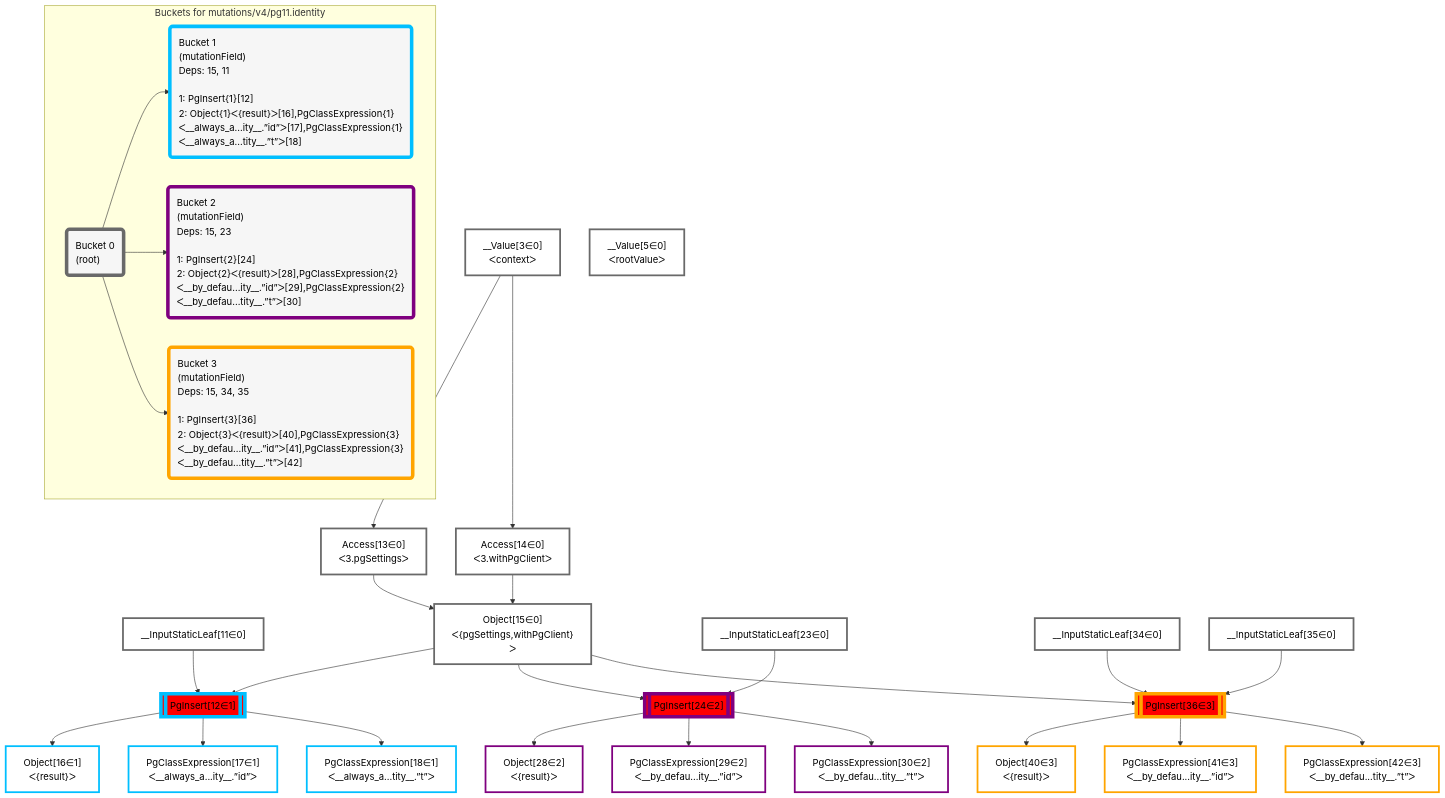
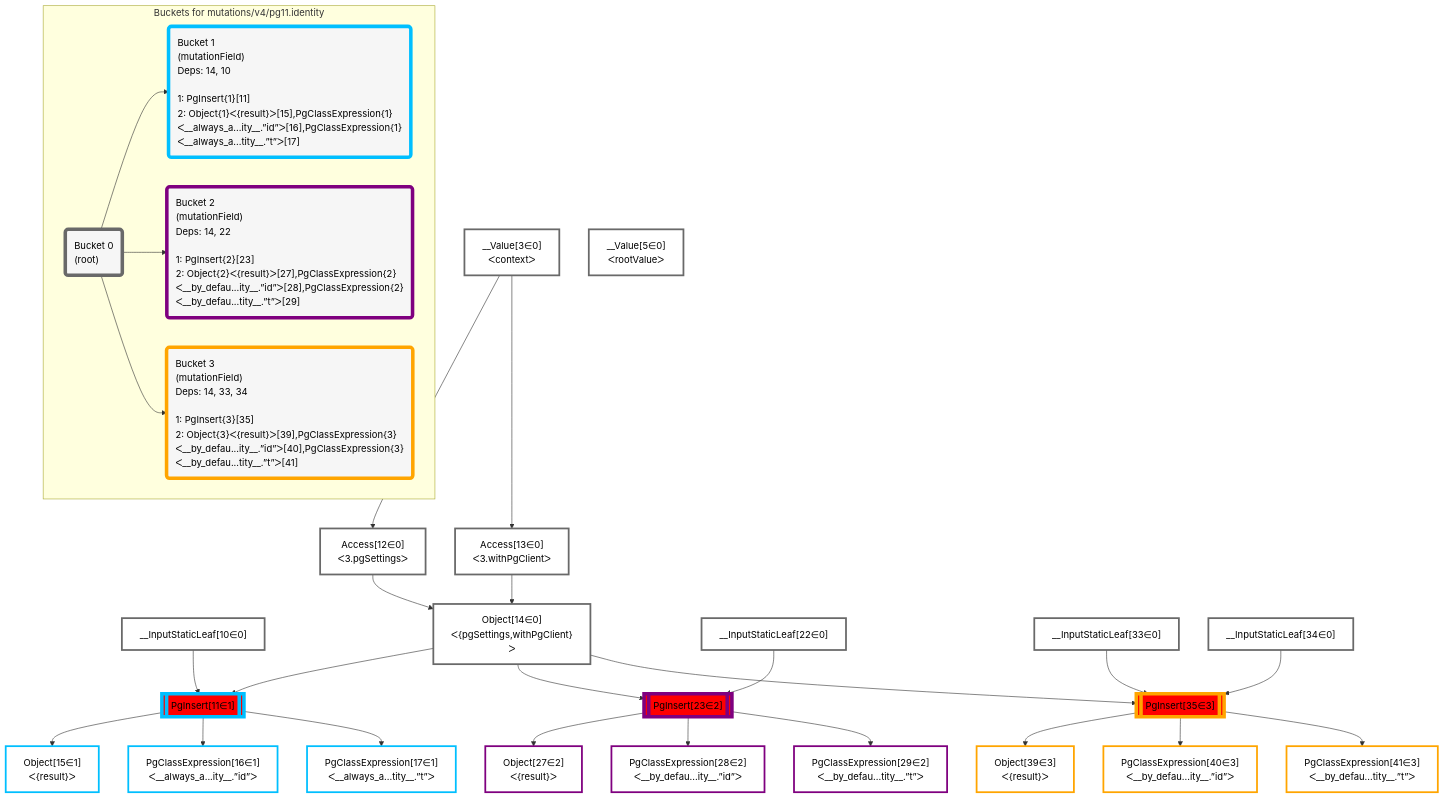
Before and after one commit to graphile/crystal: the diagram in packages/postgraphile/__tests__/mutations/v4/pg11.identity.mermaid, drawn with Mermaid. The commit also changed 4 other files, not shown here.

Commit message:
Update mermaid plans

```diff
--- a/packages/postgraphile/__tests__/mutations/v4/pg11.identity.mermaid
+++ b/packages/postgraphile/__tests__/mutations/v4/pg11.identity.mermaid
@@ -1,63 +1,63 @@
 graph TD
     classDef path fill:#eee,stroke:#000,color:#000
     classDef plan fill:#fff,stroke-width:3px,color:#000
     classDef itemplan fill:#fff,stroke-width:6px,color:#000
     classDef sideeffectplan fill:#f00,stroke-width:6px,color:#000
     classDef bucket fill:#f6f6f6,color:#000,stroke-width:6px,text-align:left
 
 
     %% define steps
     __Value3["__Value[3∈0]<br />ᐸcontextᐳ"]:::plan
     __Value5["__Value[5∈0]<br />ᐸrootValueᐳ"]:::plan
-    __InputStaticLeaf11["__InputStaticLeaf[11∈0]"]:::plan
-    Access13["Access[13∈0]<br />ᐸ3.pgSettingsᐳ"]:::plan
-    Access14["Access[14∈0]<br />ᐸ3.withPgClientᐳ"]:::plan
-    Object15["Object[15∈0]<br />ᐸ{pgSettings,withPgClient}ᐳ"]:::plan
-    PgInsert12[["PgInsert[12∈1]"]]:::sideeffectplan
-    Object16["Object[16∈1]<br />ᐸ{result}ᐳ"]:::plan
-    PgClassExpression17["PgClassExpression[17∈1]<br />ᐸ__always_a...ity__.”id”ᐳ"]:::plan
-    PgClassExpression18["PgClassExpression[18∈1]<br />ᐸ__always_a...tity__.”t”ᐳ"]:::plan
-    __InputStaticLeaf23["__InputStaticLeaf[23∈0]"]:::plan
-    PgInsert24[["PgInsert[24∈2]"]]:::sideeffectplan
-    Object28["Object[28∈2]<br />ᐸ{result}ᐳ"]:::plan
-    PgClassExpression29["PgClassExpression[29∈2]<br />ᐸ__by_defau...ity__.”id”ᐳ"]:::plan
-    PgClassExpression30["PgClassExpression[30∈2]<br />ᐸ__by_defau...tity__.”t”ᐳ"]:::plan
+    __InputStaticLeaf10["__InputStaticLeaf[10∈0]"]:::plan
+    Access12["Access[12∈0]<br />ᐸ3.pgSettingsᐳ"]:::plan
+    Access13["Access[13∈0]<br />ᐸ3.withPgClientᐳ"]:::plan
+    Object14["Object[14∈0]<br />ᐸ{pgSettings,withPgClient}ᐳ"]:::plan
+    PgInsert11[["PgInsert[11∈1]"]]:::sideeffectplan
+    Object15["Object[15∈1]<br />ᐸ{result}ᐳ"]:::plan
+    PgClassExpression16["PgClassExpression[16∈1]<br />ᐸ__always_a...ity__.”id”ᐳ"]:::plan
+    PgClassExpression17["PgClassExpression[17∈1]<br />ᐸ__always_a...tity__.”t”ᐳ"]:::plan
+    __InputStaticLeaf22["__InputStaticLeaf[22∈0]"]:::plan
+    PgInsert23[["PgInsert[23∈2]"]]:::sideeffectplan
+    Object27["Object[27∈2]<br />ᐸ{result}ᐳ"]:::plan
+    PgClassExpression28["PgClassExpression[28∈2]<br />ᐸ__by_defau...ity__.”id”ᐳ"]:::plan
+    PgClassExpression29["PgClassExpression[29∈2]<br />ᐸ__by_defau...tity__.”t”ᐳ"]:::plan
+    __InputStaticLeaf33["__InputStaticLeaf[33∈0]"]:::plan
     __InputStaticLeaf34["__InputStaticLeaf[34∈0]"]:::plan
-    __InputStaticLeaf35["__InputStaticLeaf[35∈0]"]:::plan
-    PgInsert36[["PgInsert[36∈3]"]]:::sideeffectplan
-    Object40["Object[40∈3]<br />ᐸ{result}ᐳ"]:::plan
-    PgClassExpression41["PgClassExpression[41∈3]<br />ᐸ__by_defau...ity__.”id”ᐳ"]:::plan
-    PgClassExpression42["PgClassExpression[42∈3]<br />ᐸ__by_defau...tity__.”t”ᐳ"]:::plan
+    PgInsert35[["PgInsert[35∈3]"]]:::sideeffectplan
+    Object39["Object[39∈3]<br />ᐸ{result}ᐳ"]:::plan
+    PgClassExpression40["PgClassExpression[40∈3]<br />ᐸ__by_defau...ity__.”id”ᐳ"]:::plan
+    PgClassExpression41["PgClassExpression[41∈3]<br />ᐸ__by_defau...tity__.”t”ᐳ"]:::plan
 
     %% plan dependencies
+    __Value3 --> Access12
     __Value3 --> Access13
-    __Value3 --> Access14
-    Access13 & Access14 --> Object15
-    Object15 & __InputStaticLeaf11 --> PgInsert12
-    PgInsert12 --> Object16
-    PgInsert12 --> PgClassExpression17
-    PgInsert12 --> PgClassExpression18
-    Object15 & __InputStaticLeaf23 --> PgInsert24
-    PgInsert24 --> Object28
-    PgInsert24 --> PgClassExpression29
-    PgInsert24 --> PgClassExpression30
-    Object15 & __InputStaticLeaf34 & __InputStaticLeaf35 --> PgInsert36
-    PgInsert36 --> Object40
-    PgInsert36 --> PgClassExpression41
-    PgInsert36 --> PgClassExpression42
+    Access12 & Access13 --> Object14
+    Object14 & __InputStaticLeaf10 --> PgInsert11
+    PgInsert11 --> Object15
+    PgInsert11 --> PgClassExpression16
+    PgInsert11 --> PgClassExpression17
+    Object14 & __InputStaticLeaf22 --> PgInsert23
+    PgInsert23 --> Object27
+    PgInsert23 --> PgClassExpression28
+    PgInsert23 --> PgClassExpression29
+    Object14 & __InputStaticLeaf33 & __InputStaticLeaf34 --> PgInsert35
+    PgInsert35 --> Object39
+    PgInsert35 --> PgClassExpression40
+    PgInsert35 --> PgClassExpression41
 
     subgraph "Buckets for mutations/v4/pg11.identity"
     Bucket0("Bucket 0<br />(root)"):::bucket
     classDef bucket0 stroke:#696969
-    class Bucket0,__Value3,__Value5,__InputStaticLeaf11,Access13,Access14,Object15,__InputStaticLeaf23,__InputStaticLeaf34,__InputStaticLeaf35 bucket0
-    Bucket1("Bucket 1<br />(mutationField)<br />Deps: 15, 11<br /><br />1: PgInsert{1}[12]<br />2: Object{1}ᐸ{result}ᐳ[16],PgClassExpression{1}ᐸ__always_a...ity__.”id”ᐳ[17],PgClassExpression{1}ᐸ__always_a...tity__.”t”ᐳ[18]"):::bucket
+    class Bucket0,__Value3,__Value5,__InputStaticLeaf10,Access12,Access13,Object14,__InputStaticLeaf22,__InputStaticLeaf33,__InputStaticLeaf34 bucket0
+    Bucket1("Bucket 1<br />(mutationField)<br />Deps: 14, 10<br /><br />1: PgInsert{1}[11]<br />2: Object{1}ᐸ{result}ᐳ[15],PgClassExpression{1}ᐸ__always_a...ity__.”id”ᐳ[16],PgClassExpression{1}ᐸ__always_a...tity__.”t”ᐳ[17]"):::bucket
     classDef bucket1 stroke:#00bfff
-    class Bucket1,PgInsert12,Object16,PgClassExpression17,PgClassExpression18 bucket1
-    Bucket2("Bucket 2<br />(mutationField)<br />Deps: 15, 23<br /><br />1: PgInsert{2}[24]<br />2: Object{2}ᐸ{result}ᐳ[28],PgClassExpression{2}ᐸ__by_defau...ity__.”id”ᐳ[29],PgClassExpression{2}ᐸ__by_defau...tity__.”t”ᐳ[30]"):::bucket
+    class Bucket1,PgInsert11,Object15,PgClassExpression16,PgClassExpression17 bucket1
+    Bucket2("Bucket 2<br />(mutationField)<br />Deps: 14, 22<br /><br />1: PgInsert{2}[23]<br />2: Object{2}ᐸ{result}ᐳ[27],PgClassExpression{2}ᐸ__by_defau...ity__.”id”ᐳ[28],PgClassExpression{2}ᐸ__by_defau...tity__.”t”ᐳ[29]"):::bucket
     classDef bucket2 stroke:#7f007f
-    class Bucket2,PgInsert24,Object28,PgClassExpression29,PgClassExpression30 bucket2
-    Bucket3("Bucket 3<br />(mutationField)<br />Deps: 15, 34, 35<br /><br />1: PgInsert{3}[36]<br />2: Object{3}ᐸ{result}ᐳ[40],PgClassExpression{3}ᐸ__by_defau...ity__.”id”ᐳ[41],PgClassExpression{3}ᐸ__by_defau...tity__.”t”ᐳ[42]"):::bucket
+    class Bucket2,PgInsert23,Object27,PgClassExpression28,PgClassExpression29 bucket2
+    Bucket3("Bucket 3<br />(mutationField)<br />Deps: 14, 33, 34<br /><br />1: PgInsert{3}[35]<br />2: Object{3}ᐸ{result}ᐳ[39],PgClassExpression{3}ᐸ__by_defau...ity__.”id”ᐳ[40],PgClassExpression{3}ᐸ__by_defau...tity__.”t”ᐳ[41]"):::bucket
     classDef bucket3 stroke:#ffa500
-    class Bucket3,PgInsert36,Object40,PgClassExpression41,PgClassExpression42 bucket3
+    class Bucket3,PgInsert35,Object39,PgClassExpression40,PgClassExpression41 bucket3
     Bucket0 --> Bucket1 & Bucket2 & Bucket3
     end
```
